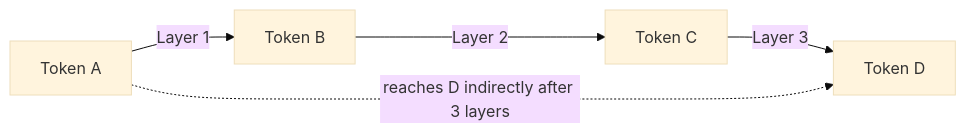
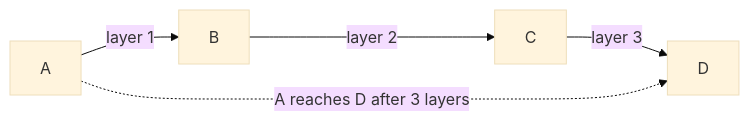
Before and after one commit to kaisarnajar/outcome-school-blogs: the second of 2 diagrams in notes/step-05-modern-llm-architecture/073-how-does-sliding-window-attention-work.md, drawn with Mermaid (base theme). The commit also changed other lines of this file and 233 other files, not shown here.

````diff
--- a/notes/step-05-modern-llm-architecture/073-how-does-sliding-window-attention-work.md
+++ b/notes/step-05-modern-llm-architecture/073-how-does-sliding-window-attention-work.md
@@ -44,7 +61,7 @@
 ```mermaid
 flowchart LR
-    A["Token A"] -->|"Layer 1"| B["Token B"]
-    B -->|"Layer 2"| C["Token C"]
-    C -->|"Layer 3"| D["Token D"]
-    A -.->|"reaches D indirectly after 3 layers"| D
+    LA["A"] -->|"layer 1"| LB["B"]
+    LB -->|"layer 2"| LC["C"]
+    LC -->|"layer 3"| LD["D"]
+    LA -.->|"A reaches D after 3 layers"| LD
 ```
````
